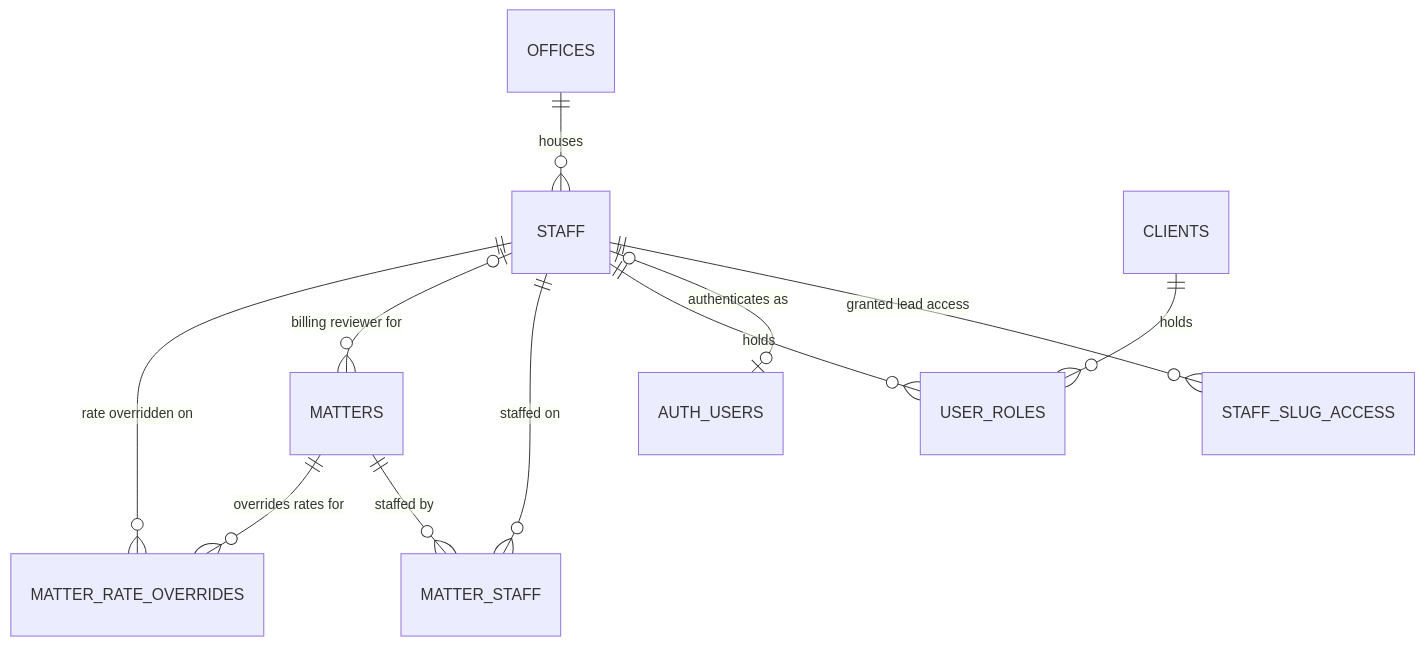
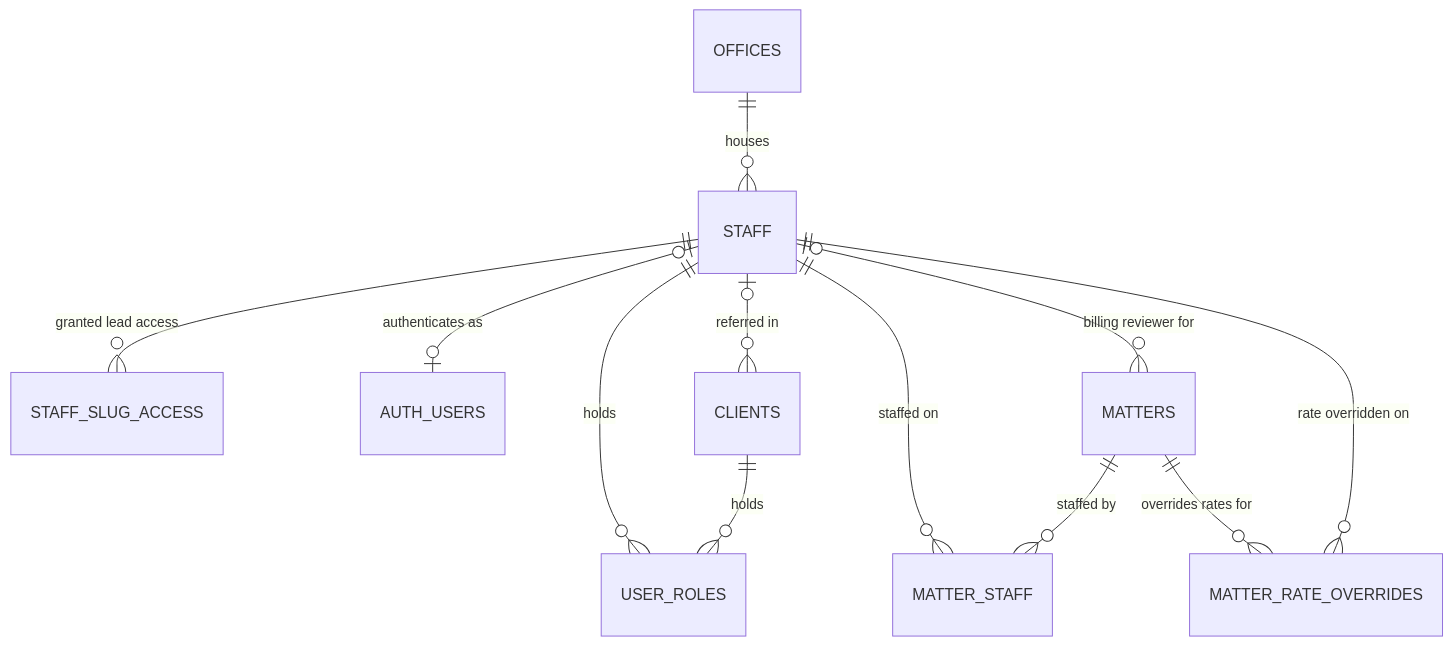
The first of 10 diagrams in docs/erd.md (tjdaley/cyclone), drawn with Mermaid before and after one commit. The commit also changed other lines of this file and 26 other files, not shown here.

````diff
--- a/docs/erd.md
+++ b/docs/erd.md
@@ -41,13 +49,14 @@
 ```mermaid
 erDiagram
     OFFICES  ||--o{ STAFF : houses
     STAFF    ||--o{ STAFF_SLUG_ACCESS : "granted lead access"
     STAFF    |o--o| AUTH_USERS : "authenticates as"
     STAFF    ||--o{ USER_ROLES : holds
     CLIENTS  ||--o{ USER_ROLES : holds
+    STAFF    |o--o{ CLIENTS : "referred in"
     STAFF    ||--o{ MATTER_STAFF : "staffed on"
     MATTERS  ||--o{ MATTER_STAFF : "staffed by"
     STAFF    |o--o{ MATTERS : "billing reviewer for"
     STAFF    ||--o{ MATTER_RATE_OVERRIDES : "rate overridden on"
     MATTERS  ||--o{ MATTER_RATE_OVERRIDES : "overrides rates for"
 ```
````
